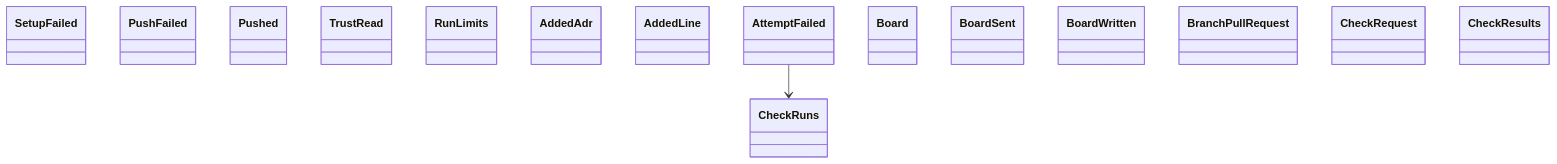
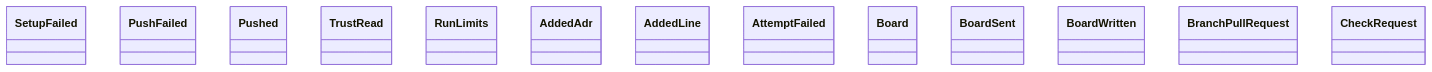
Before and after one commit to GonzaloZevallos/agentic-system: the diagram in docs/architecture/generated/classes-process-application-support-1.md, drawn with Mermaid. The commit also changed other lines of this file and 43 other files, not shown here.

````diff
--- a/docs/architecture/generated/classes-process-application-support-1.md
+++ b/docs/architecture/generated/classes-process-application-support-1.md
@@ -18,19 +19,16 @@
 ```mermaid
 classDiagram
     class checkouts__SetupFailed["SetupFailed"]
     class ci_push__PushFailed["PushFailed"]
     class ci_push__Pushed["Pushed"]
     class ci_trust__TrustRead["TrustRead"]
     class limits__RunLimits["RunLimits"]
     class ports__AddedAdr["AddedAdr"]
     class ports__AddedLine["AddedLine"]
     class ports__AttemptFailed["AttemptFailed"]
     class ports__Board["Board"]
     class ports__BoardSent["BoardSent"]
     class ports__BoardWritten["BoardWritten"]
     class ports__BranchPullRequest["BranchPullRequest"]
     class ports__CheckRequest["CheckRequest"]
-    class ports__CheckResults["CheckResults"]
-    class ports__CheckRuns["CheckRuns"]
-    ports__AttemptFailed --> ports__CheckRuns
 ```
````
